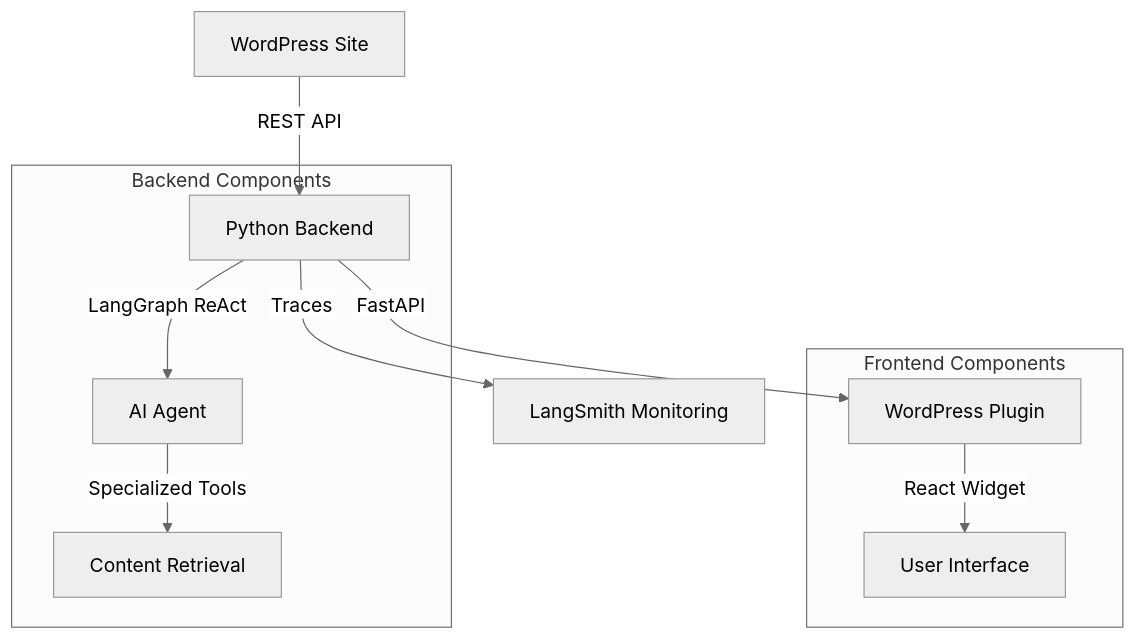
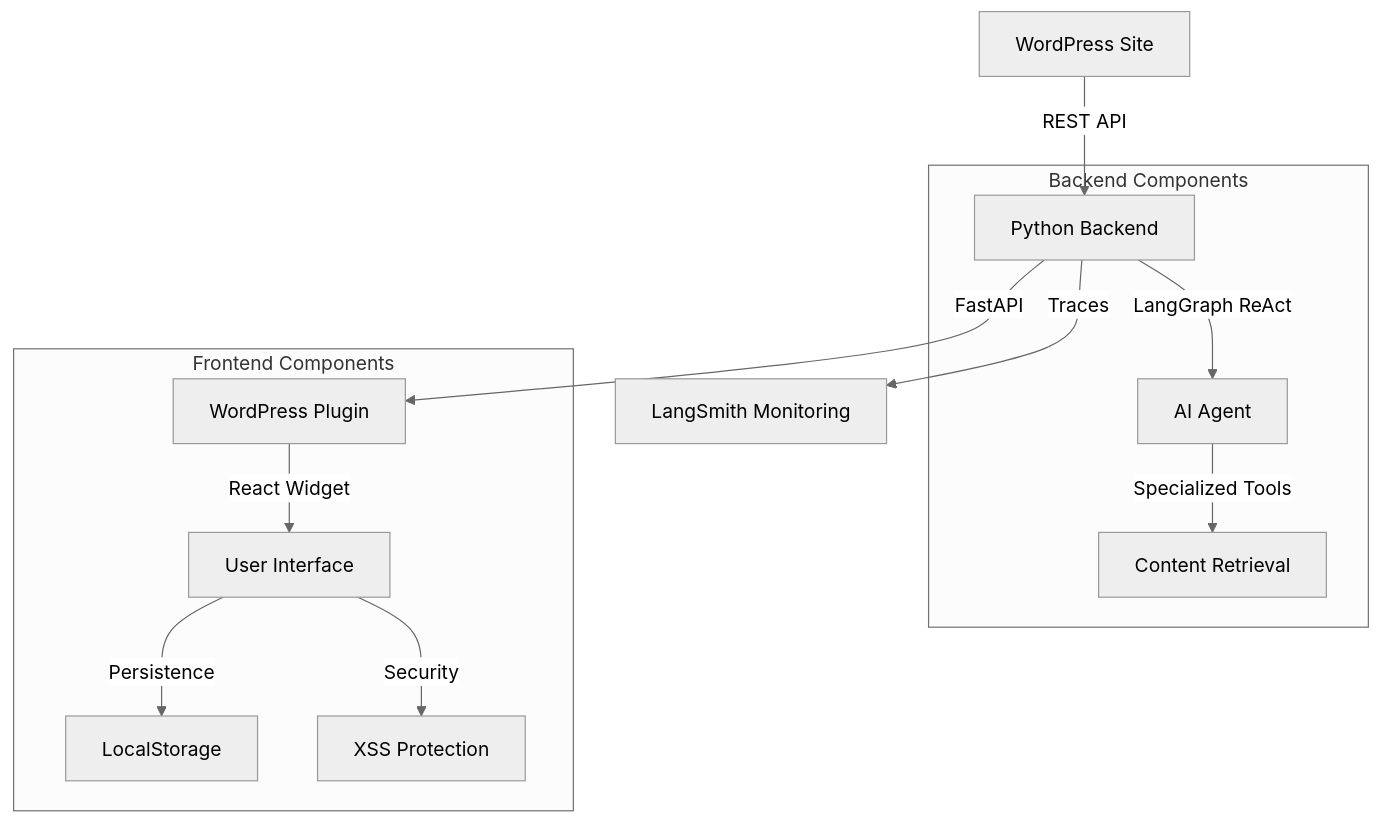
The diagram in README.md (Pandagan-85/website-agent), drawn with Mermaid (neutral theme) before and after one commit. The commit also changed other lines of this file, not shown here.

````diff
--- a/README.md
+++ b/README.md
@@ -28,20 +32,24 @@
 ```mermaid
 graph TD
     A[WordPress Site] -->|REST API| B[Python Backend]
     B -->|LangGraph ReAct| C[AI Agent]
     C -->|Specialized Tools| D[Content Retrieval]
     B -->|FastAPI| E[WordPress Plugin]
     E -->|React Widget| F[User Interface]
     B -->|Traces| G[LangSmith Monitoring]
+    F -->|Persistence| H[LocalStorage]
+    F -->|Security| I[XSS Protection]
 
     subgraph "Backend Components"
         B
         C
         D
     end
 
     subgraph "Frontend Components"
         E
         F
+        H
+        I
     end
 ```
````
